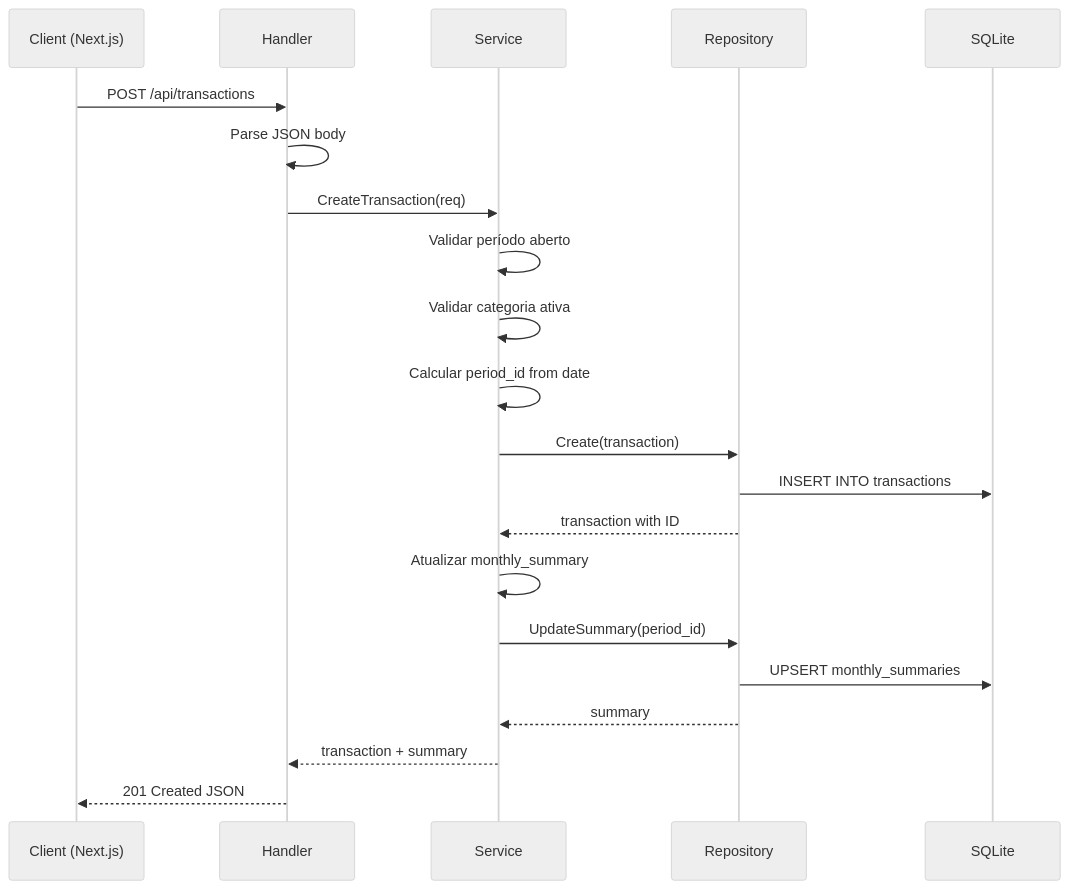
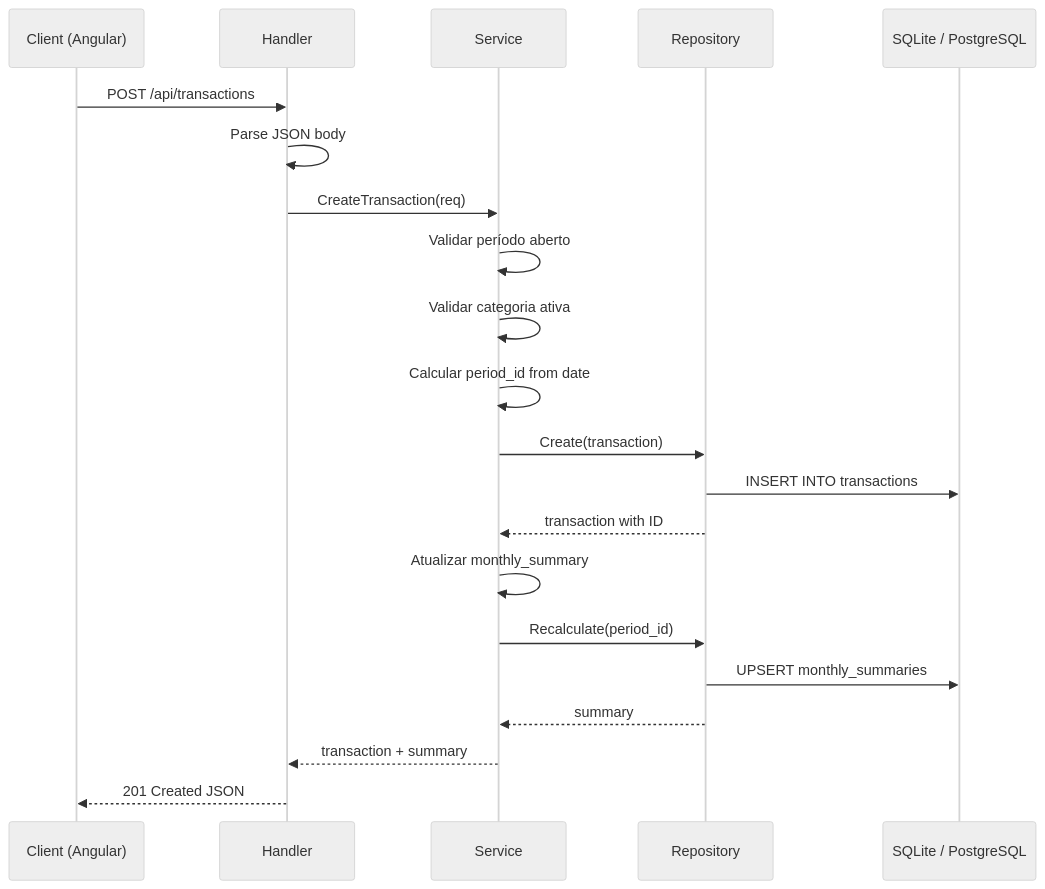
One commit to Chamoouske/finance-tracker changed the third of 5 diagrams in docs/ARCHITECTURE.md. Above: the diagram before and after it, drawn with Mermaid (neutral theme). The commit also changed other lines of this file and 3 other files, not shown here.

````diff
--- a/docs/ARCHITECTURE.md
+++ b/docs/ARCHITECTURE.md
@@ -361,24 +361,24 @@
 ```mermaid
 sequenceDiagram
-    participant C as Client (Next.js)
+    participant C as Client (Angular)
     participant H as Handler
     participant S as Service
     participant R as Repository
-    participant DB as SQLite
+    participant DB as SQLite / PostgreSQL
     
     C->>H: POST /api/transactions
     H->>H: Parse JSON body
     H->>S: CreateTransaction(req)
     S->>S: Validar período aberto
     S->>S: Validar categoria ativa
     S->>S: Calcular period_id from date
     S->>R: Create(transaction)
     R->>DB: INSERT INTO transactions
     R-->>S: transaction with ID
     S->>S: Atualizar monthly_summary
-    S->>R: UpdateSummary(period_id)
+    S->>R: Recalculate(period_id)
     R->>DB: UPSERT monthly_summaries
     R-->>S: summary
     S-->>H: transaction + summary
     H-->>C: 201 Created JSON
 ```
````
